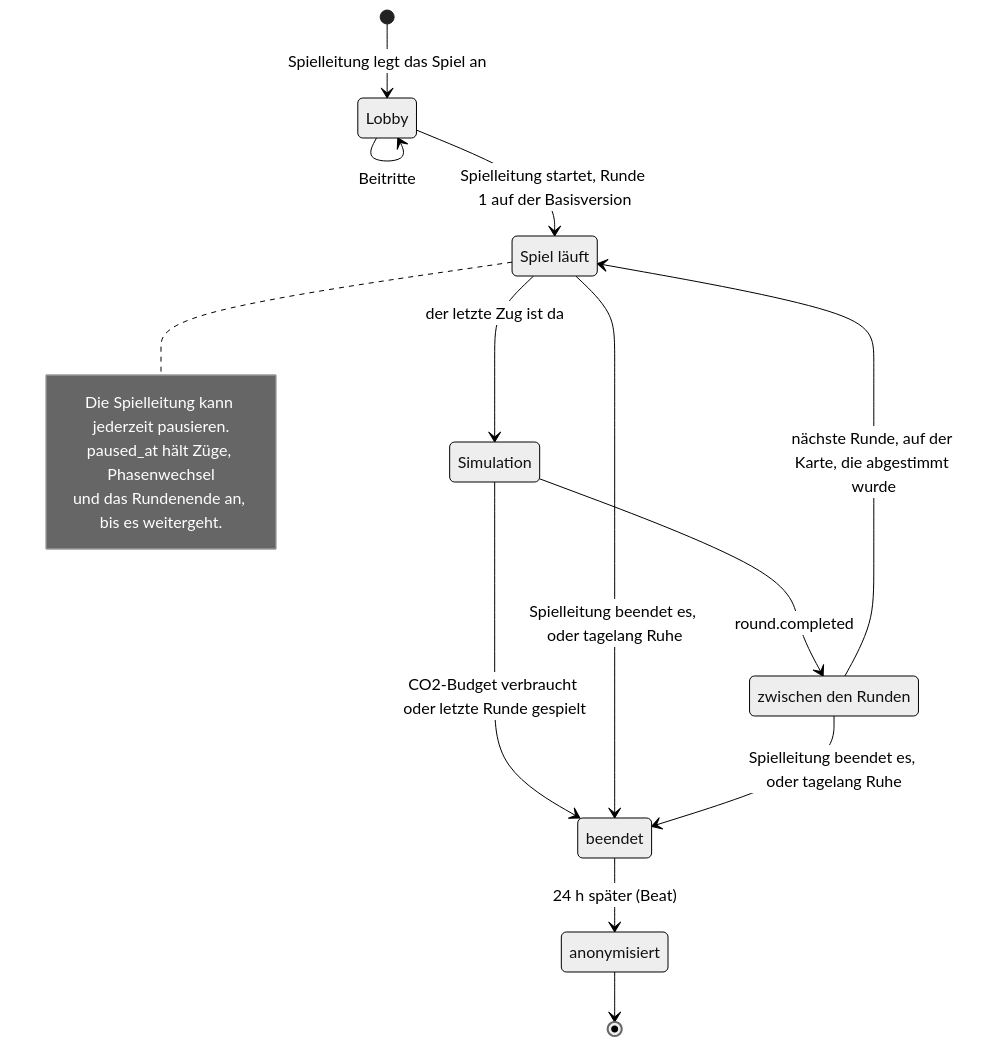
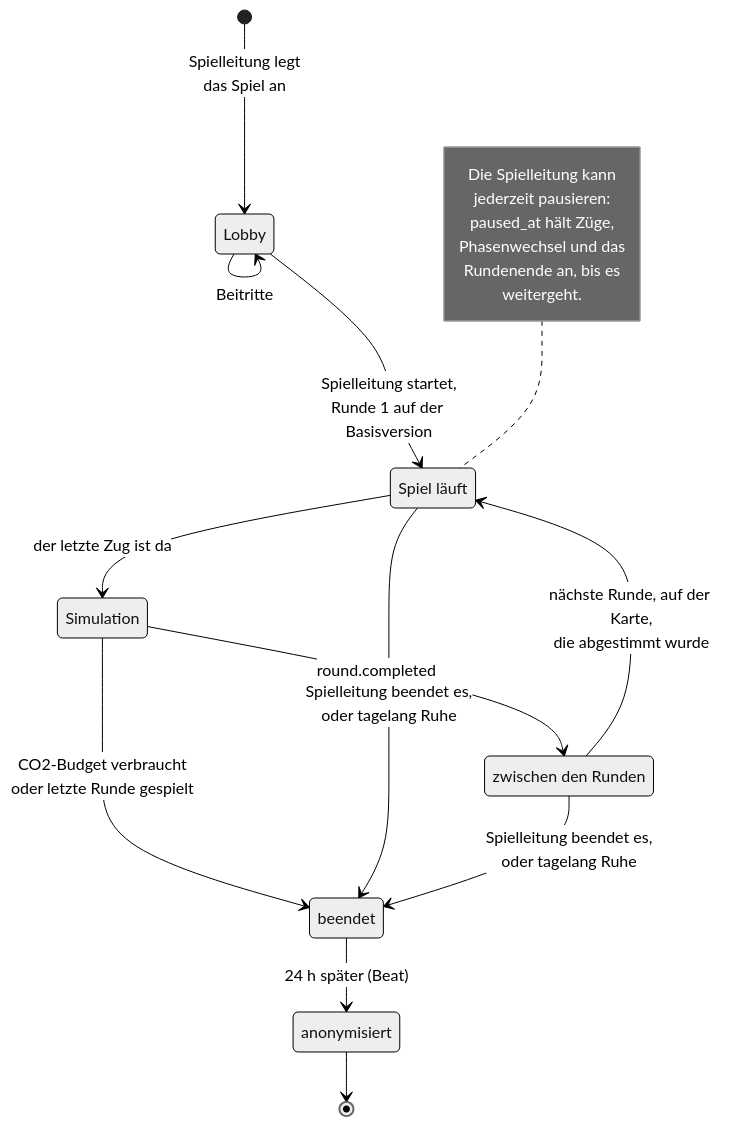
The second of 12 diagrams in docs/de-flowcharts.md (luke-hirsch/co2mmute), drawn with Mermaid (neutral theme) before and after one commit. The commit also changed other lines of this file and 16 other files, not shown here.

````diff
--- a/docs/de-flowcharts.md
+++ b/docs/de-flowcharts.md
@@ -68,27 +68,30 @@
 ```mermaid
 stateDiagram-v2
     state "Lobby" as Lobby
     state "Spiel läuft" as Playing
     state "Simulation" as Simulating
     state "zwischen den Runden" as BetweenRounds
     state "beendet" as Ended
     state "anonymisiert" as Anonymised
 
-    [*] --> Lobby: Spielleitung legt das Spiel an
+    [*] --> Lobby: Spielleitung legt<br>das Spiel an
     Lobby --> Lobby: Beitritte
-    Lobby --> Playing: Spielleitung startet, Runde 1 auf der Basisversion
+    Lobby --> Playing: Spielleitung startet,<br>Runde 1 auf der Basisversion
     Playing --> Simulating: der letzte Zug ist da
     Simulating --> BetweenRounds: round.completed
-    Simulating --> Ended: CO2-Budget verbraucht oder letzte Runde gespielt
-    BetweenRounds --> Playing: nächste Runde, auf der Karte, die abgestimmt wurde
-    Playing --> Ended: Spielleitung beendet es, oder tagelang Ruhe
-    BetweenRounds --> Ended: Spielleitung beendet es, oder tagelang Ruhe
+    Simulating --> Ended: CO2-Budget verbraucht<br>oder letzte Runde gespielt
+    BetweenRounds --> Playing: nächste Runde, auf der Karte,<br>die abgestimmt wurde
+    Playing --> Ended: Spielleitung beendet es,<br>oder tagelang Ruhe
+    BetweenRounds --> Ended: Spielleitung beendet es,<br>oder tagelang Ruhe
     Ended --> Anonymised: 24 h später (Beat)
     Anonymised --> [*]
 
-    note right of Playing
-        Die Spielleitung kann jederzeit pausieren.
-        paused_at hält Züge, Phasenwechsel
-        und das Rundenende an, bis es weitergeht.
+    note left of Playing
+        Die Spielleitung kann
+        jederzeit pausieren:
+        paused_at hält Züge,
+        Phasenwechsel und das
+        Rundenende an, bis es
+        weitergeht.
     end note
 ```
````
